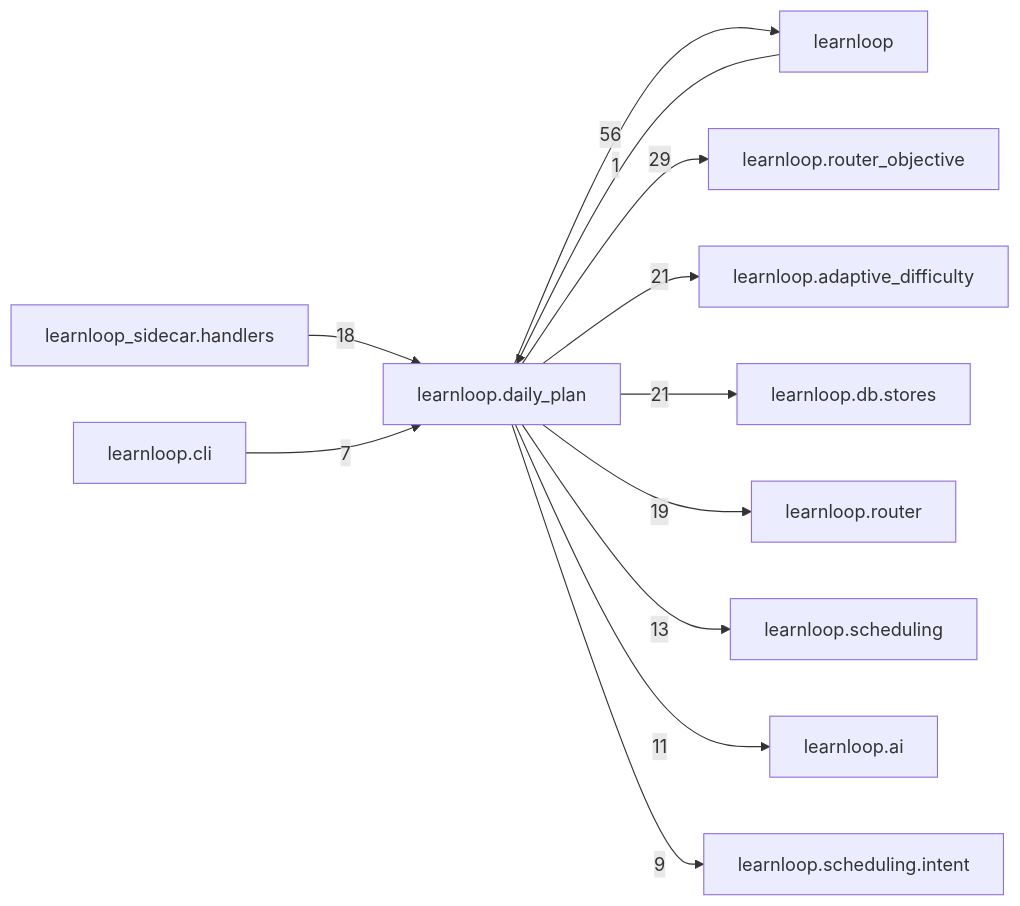
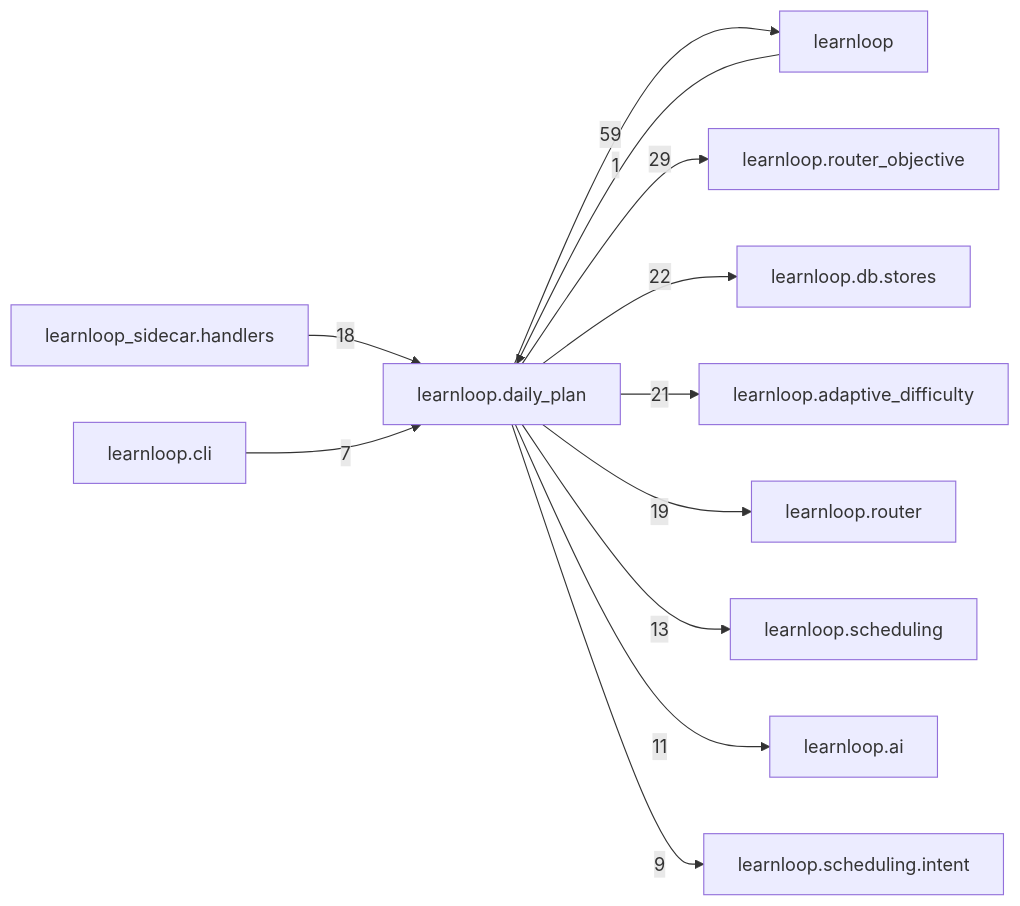
One commit to 6up-b/learnanything changed the diagram in docs/learnloop-architecture-vault/Reference/Modules/learnloop/daily_plan/_package.md. Above: the diagram before and after it, drawn with Mermaid. The commit also changed other lines of this file and 42 other files, not shown here.

````diff
--- a/docs/learnloop-architecture-vault/Reference/Modules/learnloop/daily_plan/_package.md
+++ b/docs/learnloop-architecture-vault/Reference/Modules/learnloop/daily_plan/_package.md
@@ -162,25 +164,25 @@
 ```mermaid
 flowchart LR
     center["learnloop.daily_plan"]
     n_learnloop["learnloop"]
     n_learnloop_router_objective["learnloop.router_objective"]
+    n_learnloop_db_stores["learnloop.db.stores"]
     n_learnloop_adaptive_difficulty["learnloop.adaptive_difficulty"]
-    n_learnloop_db_stores["learnloop.db.stores"]
     n_learnloop_router["learnloop.router"]
     n_learnloop_sidecar_handlers["learnloop_sidecar.handlers"]
     n_learnloop_scheduling["learnloop.scheduling"]
     n_learnloop_ai["learnloop.ai"]
     n_learnloop_scheduling_intent["learnloop.scheduling.intent"]
     n_learnloop_cli["learnloop.cli"]
     n_learnloop -->|1| center
-    center -->|56| n_learnloop
+    center -->|59| n_learnloop
     center -->|29| n_learnloop_router_objective
+    center -->|22| n_learnloop_db_stores
     center -->|21| n_learnloop_adaptive_difficulty
-    center -->|21| n_learnloop_db_stores
     center -->|19| n_learnloop_router
     n_learnloop_sidecar_handlers -->|18| center
     center -->|13| n_learnloop_scheduling
     center -->|11| n_learnloop_ai
     center -->|9| n_learnloop_scheduling_intent
     n_learnloop_cli -->|7| center
 ```
````
